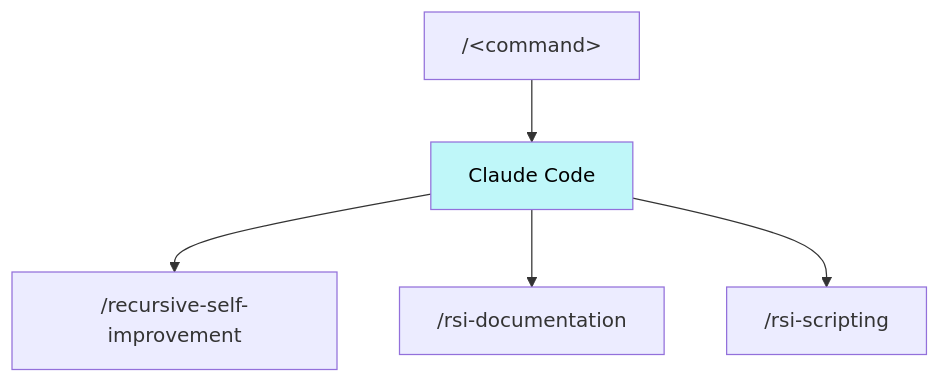
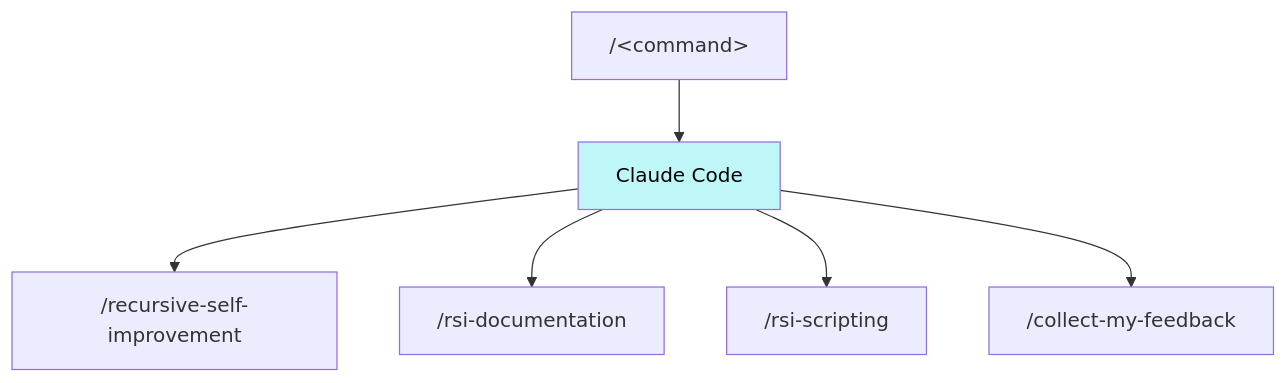
Before and after one commit to meksys-dev/mekara: the fifth of 5 diagrams in docs/docs/standards/workflow.md, drawn with Mermaid. The commit also changed other lines of this file and 34 other files, not shown here.

First line of the commit message:
Add write_bundled_command MCP tool and customize/collect-my-feedback scripts

````diff
--- a/docs/docs/standards/workflow.md
+++ b/docs/docs/standards/workflow.md
@@ -169,8 +169,9 @@
 ```mermaid
 flowchart TB
     workflow["/&lt;command&gt;"] --> claude["Claude Code"] --> rsi["/recursive-self-improvement"]
     claude --> rsi_doc["/rsi-documentation"]
     claude --> rsi_script["/rsi-scripting"]
+    claude --> add_feedback["/collect-my-feedback"]
 
     style claude fill:#bff7f9,color:#000
 ```
````
